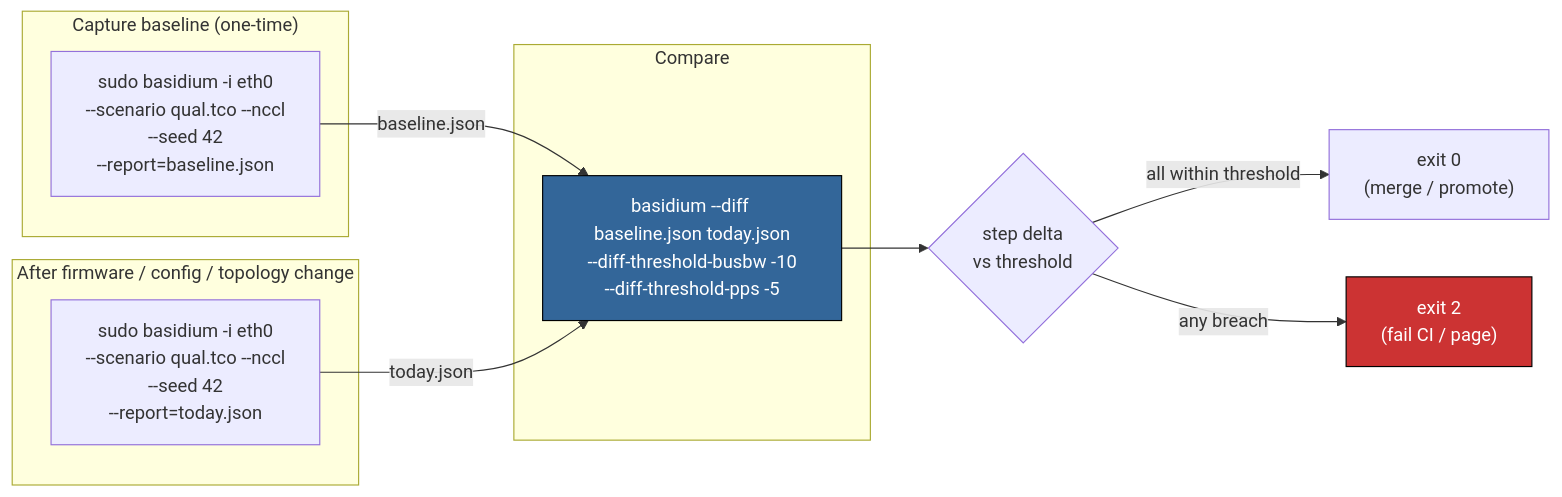
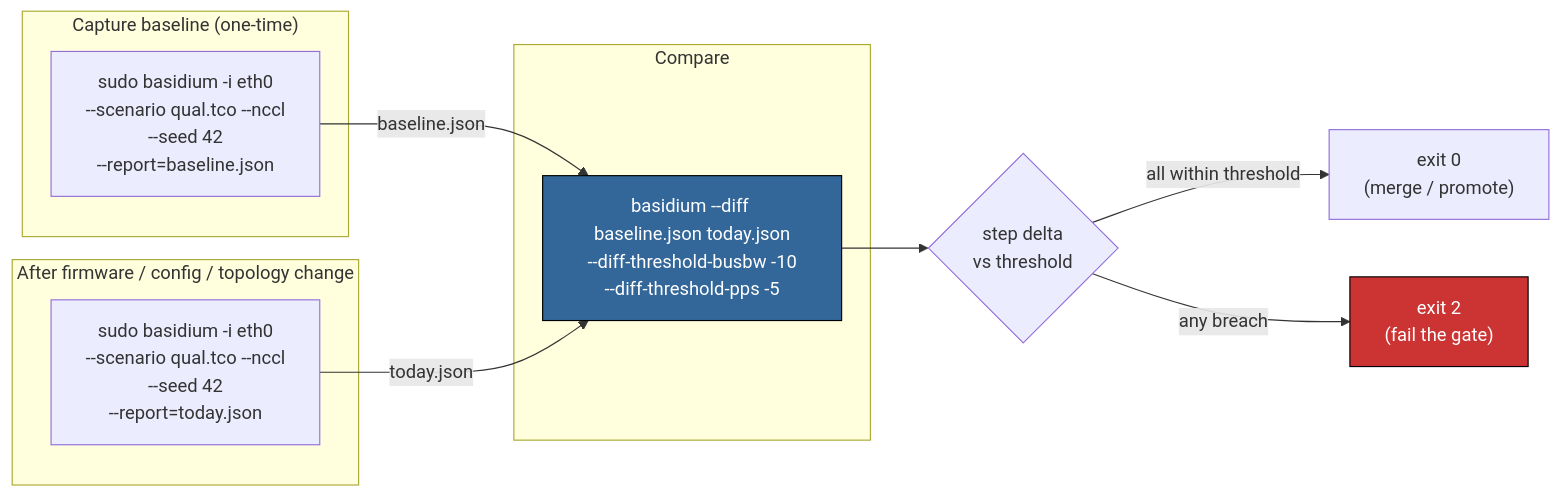
The tenth of 10 diagrams in README.md (mstits/Basidium), drawn with Mermaid before and after one commit. The commit also changed other lines of this file and 3 other files, not shown here.

````diff
--- a/README.md
+++ b/README.md
@@ -772,23 +772,23 @@
 ```mermaid
 flowchart LR
     subgraph "Capture baseline (one-time)"
         B1["sudo basidium -i eth0<br/>--scenario qual.tco --nccl<br/>--seed 42<br/>--report=baseline.json"]
     end
 
     subgraph "After firmware / config / topology change"
         B2["sudo basidium -i eth0<br/>--scenario qual.tco --nccl<br/>--seed 42<br/>--report=today.json"]
     end
 
     subgraph "Compare"
         D["basidium --diff baseline.json today.json<br/>--diff-threshold-busbw -10<br/>--diff-threshold-pps -5"]
     end
 
     B1 -->|"baseline.json"| D
     B2 -->|"today.json"| D
     D --> R{"step delta<br/>vs threshold"}
     R -->|"all within threshold"| OK["exit 0<br/>(merge / promote)"]
-    R -->|"any breach"| FAIL["exit 2<br/>(fail CI / page)"]
+    R -->|"any breach"| FAIL["exit 2<br/>(fail the gate)"]
 
     style D fill:#369,stroke:#000,color:#fff
     style FAIL fill:#c33,stroke:#000,color:#fff
 ```
````
